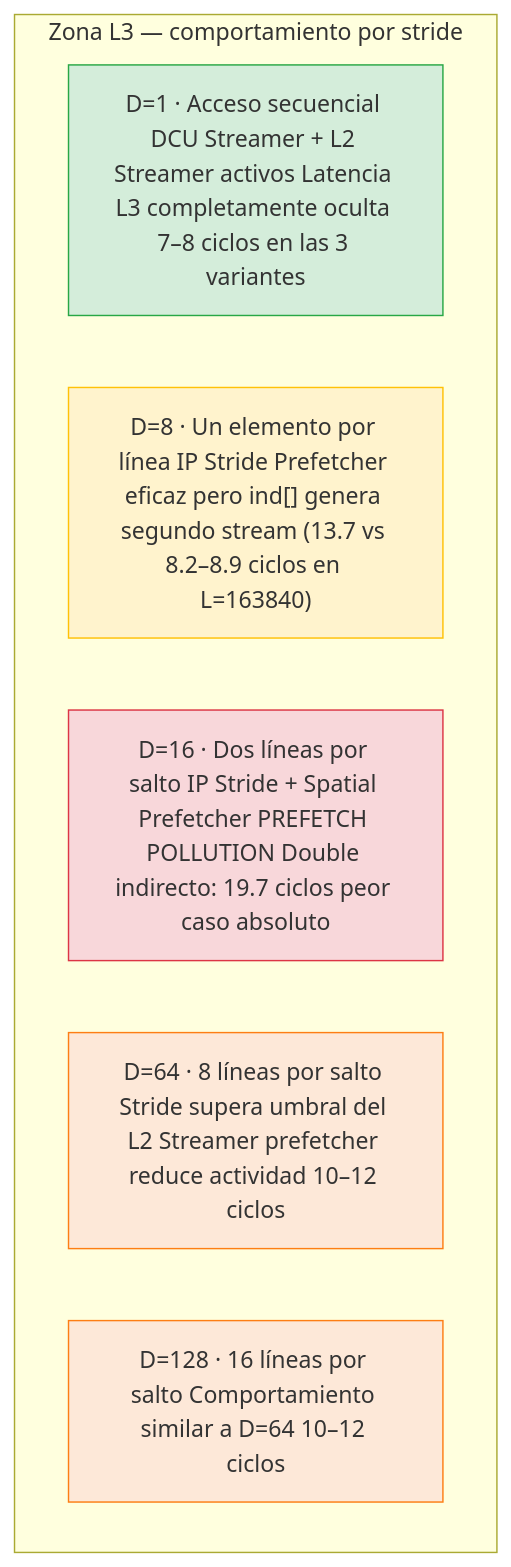
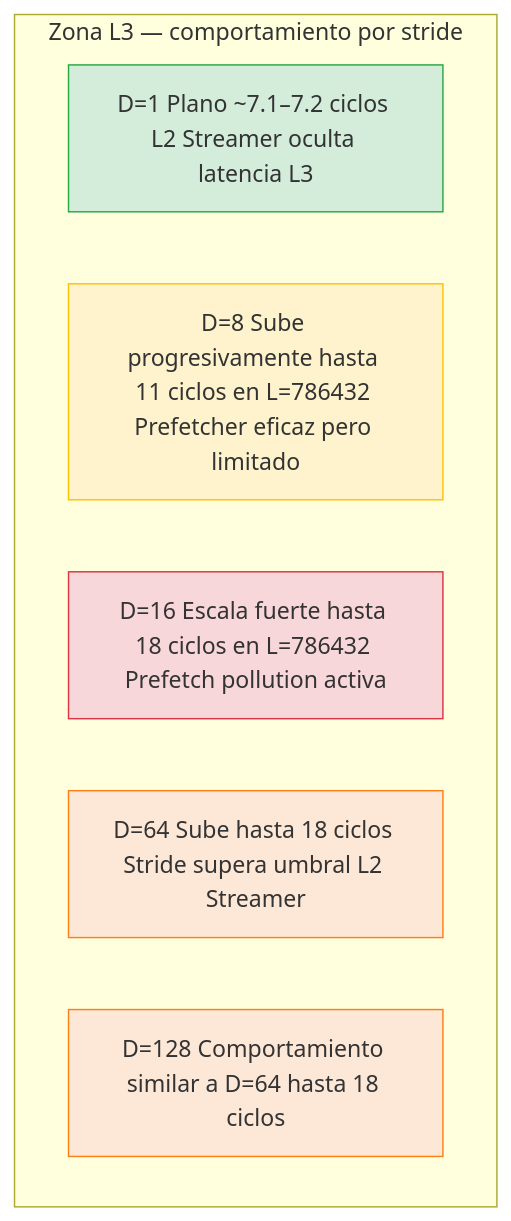
Before and after one commit to Alvaro-USC/ArqComp-Practica1: the fourth of 5 diagrams in RESULTS.md, drawn with Mermaid. The commit also changed other lines of this file and 4 other files, not shown here.

````diff
--- a/RESULTS.md
+++ b/RESULTS.md
@@ -200,16 +210,16 @@
 ```mermaid
 graph TD
-    subgraph L3["Zona L3 — comportamiento por stride"]
-        D1["D=1 · Acceso secuencial DCU Streamer + L2 Streamer activos Latencia L3 completamente oculta 7–8 ciclos en las 3 variantes"]
-        D8["D=8 · Un elemento por línea IP Stride Prefetcher eficaz pero ind[] genera segundo stream (13.7 vs 8.2–8.9 ciclos en L=163840)"]
-        D16["D=16 · Dos líneas por salto IP Stride + Spatial Prefetcher PREFETCH POLLUTION Double indirecto: 19.7 ciclos peor caso absoluto"]
-        D64["D=64 · 8 líneas por salto Stride supera umbral del L2 Streamer prefetcher reduce actividad 10–12 ciclos"]
-        D128["D=128 · 16 líneas por salto Comportamiento similar a D=64 10–12 ciclos"]
+    subgraph L3zona["Zona L3 — comportamiento por stride"]
+        D1_L3["D=1 Plano ~7.1–7.2 ciclos L2 Streamer oculta latencia L3"]
+        D8_L3["D=8 Sube progresivamente hasta 11 ciclos en L=786432 Prefetcher eficaz pero limitado"]
+        D16_L3["D=16 Escala fuerte hasta 18 ciclos en L=786432 Prefetch pollution activa"]
+        D64_L3["D=64 Sube hasta 18 ciclos Stride supera umbral L2 Streamer"]
+        D128_L3["D=128 Comportamiento similar a D=64 hasta 18 ciclos"]
     end
 
-    style D1 fill:#d4edda,stroke:#28a745
-    style D8 fill:#fff3cd,stroke:#ffc107
-    style D16 fill:#f8d7da,stroke:#dc3545
-    style D64 fill:#fde8d8,stroke:#fd7e14
-    style D128 fill:#fde8d8,stroke:#fd7e14
+    style D1_L3 fill:#d4edda,stroke:#28a745
+    style D8_L3 fill:#fff3cd,stroke:#ffc107
+    style D16_L3 fill:#f8d7da,stroke:#dc3545
+    style D64_L3 fill:#fde8d8,stroke:#fd7e14
+    style D128_L3 fill:#fde8d8,stroke:#fd7e14
 ```
````
